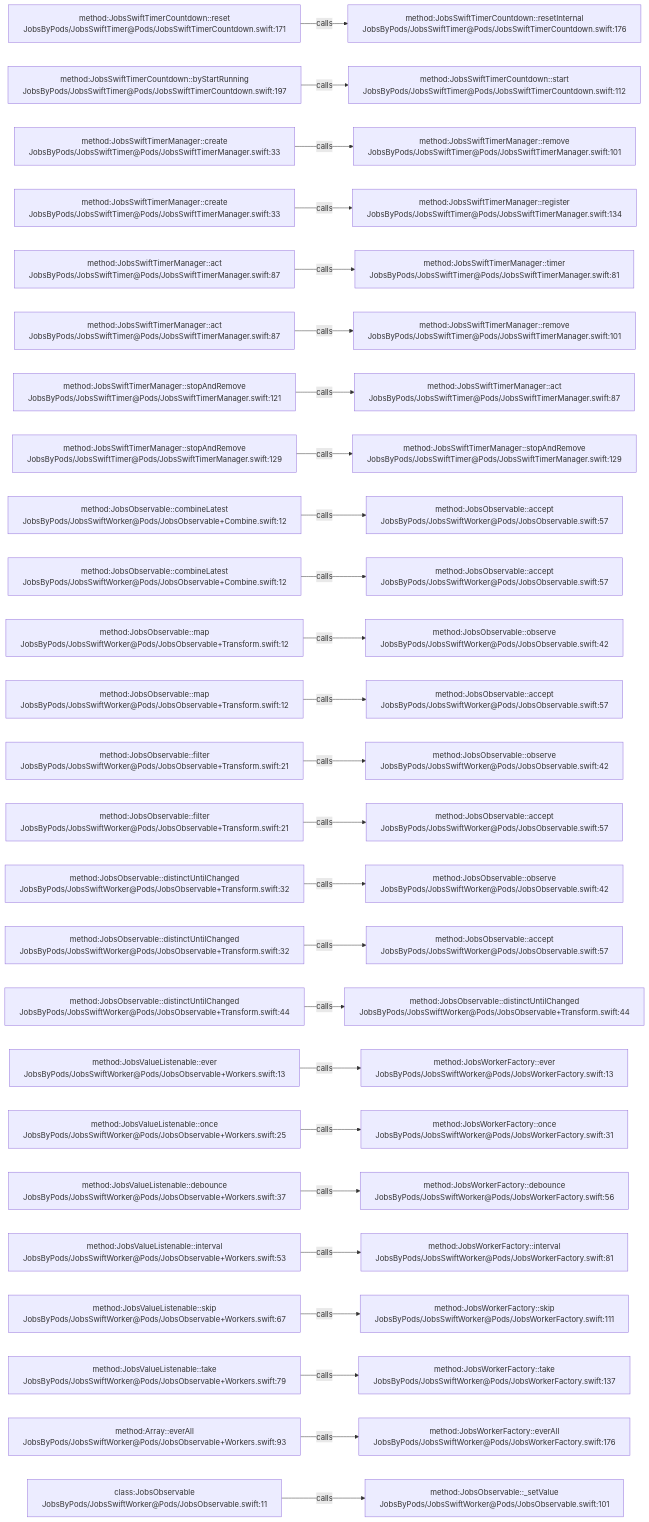
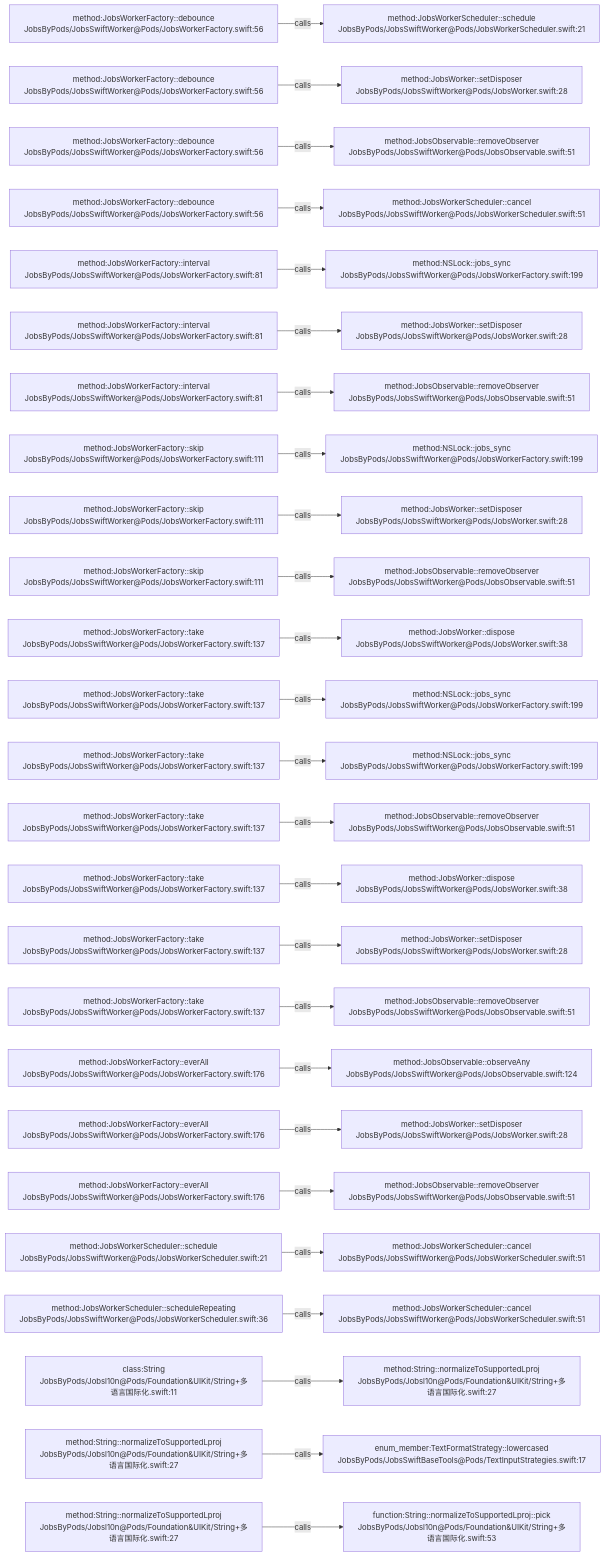
Before and after one commit to JobsKits/JobsSwiftBaseConfigDemo: the diagram in .codegraph/codegraph.md/graphs/calls-016.md, drawn with Mermaid. The commit also changed 2959 other files, not shown here.

````diff
--- a/.codegraph/codegraph.md/graphs/calls-016.md
+++ b/.codegraph/codegraph.md/graphs/calls-016.md
@@ -13,78 +13,78 @@
 ```mermaid
 flowchart LR
-  S1["method:JobsSwiftTimerCountdown::reset<br/>JobsByPods/JobsSwiftTimer@Pods/JobsSwiftTimerCountdown.swift:171"]
-  T1["method:JobsSwiftTimerCountdown::resetInternal<br/>JobsByPods/JobsSwiftTimer@Pods/JobsSwiftTimerCountdown.swift:176"]
+  S1["method:JobsWorkerFactory::debounce<br/>JobsByPods/JobsSwiftWorker@Pods/JobsWorkerFactory.swift:56"]
+  T1["method:JobsWorkerScheduler::schedule<br/>JobsByPods/JobsSwiftWorker@Pods/JobsWorkerScheduler.swift:21"]
   S1 -->|calls| T1
-  S2["method:JobsSwiftTimerCountdown::byStartRunning<br/>JobsByPods/JobsSwiftTimer@Pods/JobsSwiftTimerCountdown.swift:197"]
-  T2["method:JobsSwiftTimerCountdown::start<br/>JobsByPods/JobsSwiftTimer@Pods/JobsSwiftTimerCountdown.swift:112"]
+  S2["method:JobsWorkerFactory::debounce<br/>JobsByPods/JobsSwiftWorker@Pods/JobsWorkerFactory.swift:56"]
+  T2["method:JobsWorker::setDisposer<br/>JobsByPods/JobsSwiftWorker@Pods/JobsWorker.swift:28"]
   S2 -->|calls| T2
-  S3["method:JobsSwiftTimerManager::create<br/>JobsByPods/JobsSwiftTimer@Pods/JobsSwiftTimerManager.swift:33"]
-  T3["method:JobsSwiftTimerManager::remove<br/>JobsByPods/JobsSwiftTimer@Pods/JobsSwiftTimerManager.swift:101"]
+  S3["method:JobsWorkerFactory::debounce<br/>JobsByPods/JobsSwiftWorker@Pods/JobsWorkerFactory.swift:56"]
+  T3["method:JobsObservable::removeObserver<br/>JobsByPods/JobsSwiftWorker@Pods/JobsObservable.swift:51"]
   S3 -->|calls| T3
-  S4["method:JobsSwiftTimerManager::create<br/>JobsByPods/JobsSwiftTimer@Pods/JobsSwiftTimerManager.swift:33"]
-  T4["method:JobsSwiftTimerManager::register<br/>JobsByPods/JobsSwiftTimer@Pods/JobsSwiftTimerManager.swift:134"]
+  S4["method:JobsWorkerFactory::debounce<br/>JobsByPods/JobsSwiftWorker@Pods/JobsWorkerFactory.swift:56"]
+  T4["method:JobsWorkerScheduler::cancel<br/>JobsByPods/JobsSwiftWorker@Pods/JobsWorkerScheduler.swift:51"]
   S4 -->|calls| T4
-  S5["method:JobsSwiftTimerManager::act<br/>JobsByPods/JobsSwiftTimer@Pods/JobsSwiftTimerManager.swift:87"]
-  T5["method:JobsSwiftTimerManager::timer<br/>JobsByPods/JobsSwiftTimer@Pods/JobsSwiftTimerManager.swift:81"]
+  S5["method:JobsWorkerFactory::interval<br/>JobsByPods/JobsSwiftWorker@Pods/JobsWorkerFactory.swift:81"]
+  T5["method:NSLock::jobs_sync<br/>JobsByPods/JobsSwiftWorker@Pods/JobsWorkerFactory.swift:199"]
   S5 -->|calls| T5
-  S6["method:JobsSwiftTimerManager::act<br/>JobsByPods/JobsSwiftTimer@Pods/JobsSwiftTimerManager.swift:87"]
-  T6["method:JobsSwiftTimerManager::remove<br/>JobsByPods/JobsSwiftTimer@Pods/JobsSwiftTimerManager.swift:101"]
+  S6["method:JobsWorkerFactory::interval<br/>JobsByPods/JobsSwiftWorker@Pods/JobsWorkerFactory.swift:81"]
+  T6["method:JobsWorker::setDisposer<br/>JobsByPods/JobsSwiftWorker@Pods/JobsWorker.swift:28"]
   S6 -->|calls| T6
-  S7["method:JobsSwiftTimerManager::stopAndRemove<br/>JobsByPods/JobsSwiftTimer@Pods/JobsSwiftTimerManager.swift:121"]
-  T7["method:JobsSwiftTimerManager::act<br/>JobsByPods/JobsSwiftTimer@Pods/JobsSwiftTimerManager.swift:87"]
+  S7["method:JobsWorkerFactory::interval<br/>JobsByPods/JobsSwiftWorker@Pods/JobsWorkerFactory.swift:81"]
+  T7["method:JobsObservable::removeObserver<br/>JobsByPods/JobsSwiftWorker@Pods/JobsObservable.swift:51"]
   S7 -->|calls| T7
-  S8["method:JobsSwiftTimerManager::stopAndRemove<br/>JobsByPods/JobsSwiftTimer@Pods/JobsSwiftTimerManager.swift:129"]
-  T8["method:JobsSwiftTimerManager::stopAndRemove<br/>JobsByPods/JobsSwiftTimer@Pods/JobsSwiftTimerManager.swift:129"]
+  S8["method:JobsWorkerFactory::skip<br/>JobsByPods/JobsSwiftWorker@Pods/JobsWorkerFactory.swift:111"]
+  T8["method:NSLock::jobs_sync<br/>JobsByPods/JobsSwiftWorker@Pods/JobsWorkerFactory.swift:199"]
   S8 -->|calls| T8
-  S9["method:JobsObservable::combineLatest<br/>JobsByPods/JobsSwiftWorker@Pods/JobsObservable+Combine.swift:12"]
-  T9["method:JobsObservable::accept<br/>JobsByPods/JobsSwiftWorker@Pods/JobsObservable.swift:57"]
+  S9["method:JobsWorkerFactory::skip<br/>JobsByPods/JobsSwiftWorker@Pods/JobsWorkerFactory.swift:111"]
+  T9["method:JobsWorker::setDisposer<br/>JobsByPods/JobsSwiftWorker@Pods/JobsWorker.swift:28"]
   S9 -->|calls| T9
-  S10["method:JobsObservable::combineLatest<br/>JobsByPods/JobsSwiftWorker@Pods/JobsObservable+Combine.swift:12"]
-  T10["method:JobsObservable::accept<br/>JobsByPods/JobsSwiftWorker@Pods/JobsObservable.swift:57"]
+  S10["method:JobsWorkerFactory::skip<br/>JobsByPods/JobsSwiftWorker@Pods/JobsWorkerFactory.swift:111"]
+  T10["method:JobsObservable::removeObserver<br/>JobsByPods/JobsSwiftWorker@Pods/JobsObservable.swift:51"]
   S10 -->|calls| T10
-  S11["method:JobsObservable::map<br/>JobsByPods/JobsSwiftWorker@Pods/JobsObservable+Transform.swift:12"]
-  T11["method:JobsObservable::observe<br/>JobsByPods/JobsSwiftWorker@Pods/JobsObservable.swift:42"]
+  S11["method:JobsWorkerFactory::take<br/>JobsByPods/JobsSwiftWorker@Pods/JobsWorkerFactory.swift:137"]
+  T11["method:JobsWorker::dispose<br/>JobsByPods/JobsSwiftWorker@Pods/JobsWorker.swift:38"]
   S11 -->|calls| T11
-  S12["method:JobsObservable::map<br/>JobsByPods/JobsSwiftWorker@Pods/JobsObservable+Transform.swift:12"]
-  T12["method:JobsObservable::accept<br/>JobsByPods/JobsSwiftWorker@Pods/JobsObservable.swift:57"]
+  S12["method:JobsWorkerFactory::take<br/>JobsByPods/JobsSwiftWorker@Pods/JobsWorkerFactory.swift:137"]
+  T12["method:NSLock::jobs_sync<br/>JobsByPods/JobsSwiftWorker@Pods/JobsWorkerFactory.swift:199"]
   S12 -->|calls| T12
-  S13["method:JobsObservable::filter<br/>JobsByPods/JobsSwiftWorker@Pods/JobsObservable+Transform.swift:21"]
-  T13["method:JobsObservable::observe<br/>JobsByPods/JobsSwiftWorker@Pods/JobsObservable.swift:42"]
+  S13["method:JobsWorkerFactory::take<br/>JobsByPods/JobsSwiftWorker@Pods/JobsWorkerFactory.swift:137"]
+  T13["method:NSLock::jobs_sync<br/>JobsByPods/JobsSwiftWorker@Pods/JobsWorkerFactory.swift:199"]
   S13 -->|calls| T13
-  S14["method:JobsObservable::filter<br/>JobsByPods/JobsSwiftWorker@Pods/JobsObservable+Transform.swift:21"]
-  T14["method:JobsObservable::accept<br/>JobsByPods/JobsSwiftWorker@Pods/JobsObservable.swift:57"]
+  S14["method:JobsWorkerFactory::take<br/>JobsByPods/JobsSwiftWorker@Pods/JobsWorkerFactory.swift:137"]
+  T14["method:JobsObservable::removeObserver<br/>JobsByPods/JobsSwiftWorker@Pods/JobsObservable.swift:51"]
   S14 -->|calls| T14
-  S15["method:JobsObservable::distinctUntilChanged<br/>JobsByPods/JobsSwiftWorker@Pods/JobsObservable+Transform.swift:32"]
-  T15["method:JobsObservable::observe<br/>JobsByPods/JobsSwiftWorker@Pods/JobsObservable.swift:42"]
+  S15["method:JobsWorkerFactory::take<br/>JobsByPods/JobsSwiftWorker@Pods/JobsWorkerFactory.swift:137"]
+  T15["method:JobsWorker::dispose<br/>JobsByPods/JobsSwiftWorker@Pods/JobsWorker.swift:38"]
   S15 -->|calls| T15
-  S16["method:JobsObservable::distinctUntilChanged<br/>JobsByPods/JobsSwiftWorker@Pods/JobsObservable+Transform.swift:32"]
-  T16["method:JobsObservable::accept<br/>JobsByPods/JobsSwiftWorker@Pods/JobsObservable.swift:57"]
+  S16["method:JobsWorkerFactory::take<br/>JobsByPods/JobsSwiftWorker@Pods/JobsWorkerFactory.swift:137"]
+  T16["method:JobsWorker::setDisposer<br/>JobsByPods/JobsSwiftWorker@Pods/JobsWorker.swift:28"]
   S16 -->|calls| T16
-  S17["method:JobsObservable::distinctUntilChanged<br/>JobsByPods/JobsSwiftWorker@Pods/JobsObservable+Transform.swift:44"]
-  T17["method:JobsObservable::distinctUntilChanged<br/>JobsByPods/JobsSwiftWorker@Pods/JobsObservable+Transform.swift:44"]
+  S17["method:JobsWorkerFactory::take<br/>JobsByPods/JobsSwiftWorker@Pods/JobsWorkerFactory.swift:137"]
+  T17["method:JobsObservable::removeObserver<br/>JobsByPods/JobsSwiftWorker@Pods/JobsObservable.swift:51"]
   S17 -->|calls| T17
-  S18["method:JobsValueListenable::ever<br/>JobsByPods/JobsSwiftWorker@Pods/JobsObservable+Workers.swift:13"]
-  T18["method:JobsWorkerFactory::ever<br/>JobsByPods/JobsSwiftWorker@Pods/JobsWorkerFactory.swift:13"]
+  S18["method:JobsWorkerFactory::everAll<br/>JobsByPods/JobsSwiftWorker@Pods/JobsWorkerFactory.swift:176"]
+  T18["method:JobsObservable::observeAny<br/>JobsByPods/JobsSwiftWorker@Pods/JobsObservable.swift:124"]
   S18 -->|calls| T18
-  S19["method:JobsValueListenable::once<br/>JobsByPods/JobsSwiftWorker@Pods/JobsObservable+Workers.swift:25"]
-  T19["method:JobsWorkerFactory::once<br/>JobsByPods/JobsSwiftWorker@Pods/JobsWorkerFactory.swift:31"]
+  S19["method:JobsWorkerFactory::everAll<br/>JobsByPods/JobsSwiftWorker@Pods/JobsWorkerFactory.swift:176"]
+  T19["method:JobsWorker::setDisposer<br/>JobsByPods/JobsSwiftWorker@Pods/JobsWorker.swift:28"]
   S19 -->|calls| T19
-  S20["method:JobsValueListenable::debounce<br/>JobsByPods/JobsSwiftWorker@Pods/JobsObservable+Workers.swift:37"]
-  T20["method:JobsWorkerFactory::debounce<br/>JobsByPods/JobsSwiftWorker@Pods/JobsWorkerFactory.swift:56"]
+  S20["method:JobsWorkerFactory::everAll<br/>JobsByPods/JobsSwiftWorker@Pods/JobsWorkerFactory.swift:176"]
+  T20["method:JobsObservable::removeObserver<br/>JobsByPods/JobsSwiftWorker@Pods/JobsObservable.swift:51"]
   S20 -->|calls| T20
-  S21["method:JobsValueListenable::interval<br/>JobsByPods/JobsSwiftWorker@Pods/JobsObservable+Workers.swift:53"]
-  T21["method:JobsWorkerFactory::interval<br/>JobsByPods/JobsSwiftWorker@Pods/JobsWorkerFactory.swift:81"]
+  S21["method:JobsWorkerScheduler::schedule<br/>JobsByPods/JobsSwiftWorker@Pods/JobsWorkerScheduler.swift:21"]
+  T21["method:JobsWorkerScheduler::cancel<br/>JobsByPods/JobsSwiftWorker@Pods/JobsWorkerScheduler.swift:51"]
   S21 -->|calls| T21
-  S22["method:JobsValueListenable::skip<br/>JobsByPods/JobsSwiftWorker@Pods/JobsObservable+Workers.swift:67"]
-  T22["method:JobsWorkerFactory::skip<br/>JobsByPods/JobsSwiftWorker@Pods/JobsWorkerFactory.swift:111"]
+  S22["method:JobsWorkerScheduler::scheduleRepeating<br/>JobsByPods/JobsSwiftWorker@Pods/JobsWorkerScheduler.swift:36"]
+  T22["method:JobsWorkerScheduler::cancel<br/>JobsByPods/JobsSwiftWorker@Pods/JobsWorkerScheduler.swift:51"]
   S22 -->|calls| T22
-  S23["method:JobsValueListenable::take<br/>JobsByPods/JobsSwiftWorker@Pods/JobsObservable+Workers.swift:79"]
-  T23["method:JobsWorkerFactory::take<br/>JobsByPods/JobsSwiftWorker@Pods/JobsWorkerFactory.swift:137"]
+  S23["class:String<br/>JobsByPods/Jobsl10n@Pods/Foundation&UIKit/String+多语言国际化.swift:11"]
+  T23["method:String::normalizeToSupportedLproj<br/>JobsByPods/Jobsl10n@Pods/Foundation&UIKit/String+多语言国际化.swift:27"]
   S23 -->|calls| T23
-  S24["method:Array::everAll<br/>JobsByPods/JobsSwiftWorker@Pods/JobsObservable+Workers.swift:93"]
-  T24["method:JobsWorkerFactory::everAll<br/>JobsByPods/JobsSwiftWorker@Pods/JobsWorkerFactory.swift:176"]
+  S24["method:String::normalizeToSupportedLproj<br/>JobsByPods/Jobsl10n@Pods/Foundation&UIKit/String+多语言国际化.swift:27"]
+  T24["enum_member:TextFormatStrategy::lowercased<br/>JobsByPods/JobsSwiftBaseTools@Pods/TextInputStrategies.swift:17"]
   S24 -->|calls| T24
-  S25["class:JobsObservable<br/>JobsByPods/JobsSwiftWorker@Pods/JobsObservable.swift:11"]
-  T25["method:JobsObservable::_setValue<br/>JobsByPods/JobsSwiftWorker@Pods/JobsObservable.swift:101"]
+  S25["method:String::normalizeToSupportedLproj<br/>JobsByPods/Jobsl10n@Pods/Foundation&UIKit/String+多语言国际化.swift:27"]
+  T25["function:String::normalizeToSupportedLproj::pick<br/>JobsByPods/Jobsl10n@Pods/Foundation&UIKit/String+多语言国际化.swift:53"]
   S25 -->|calls| T25
 ```
````
